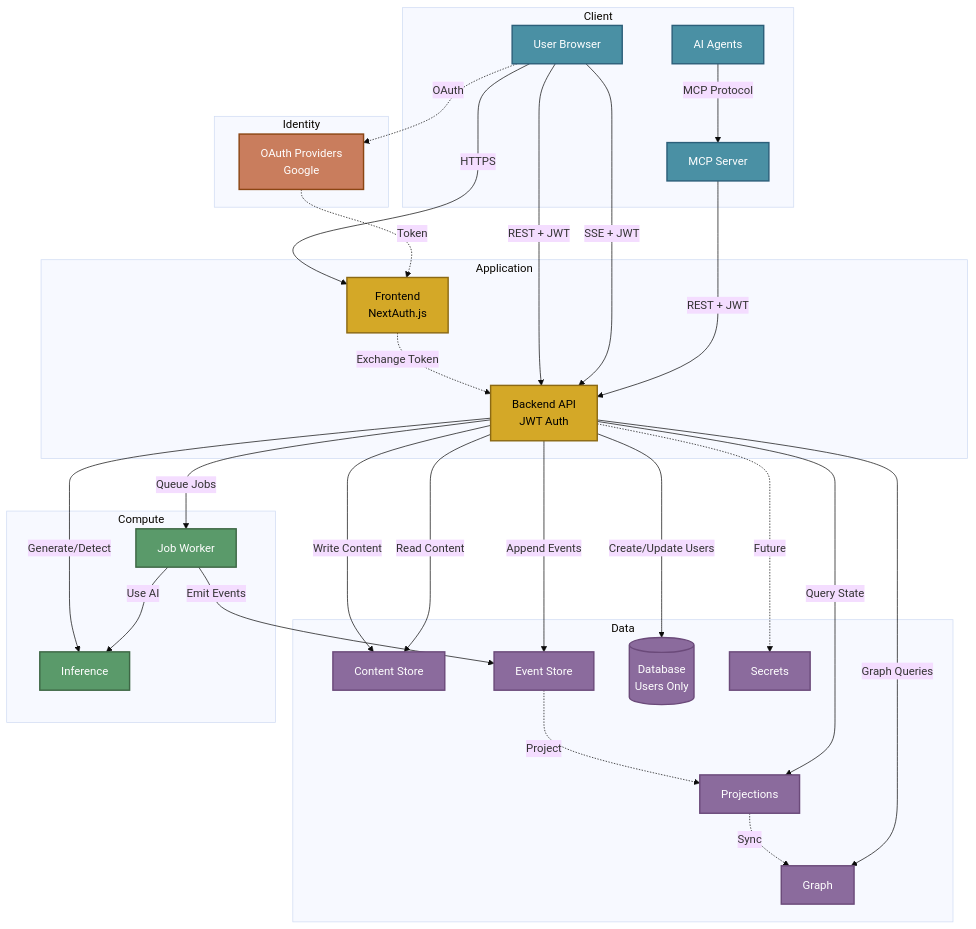
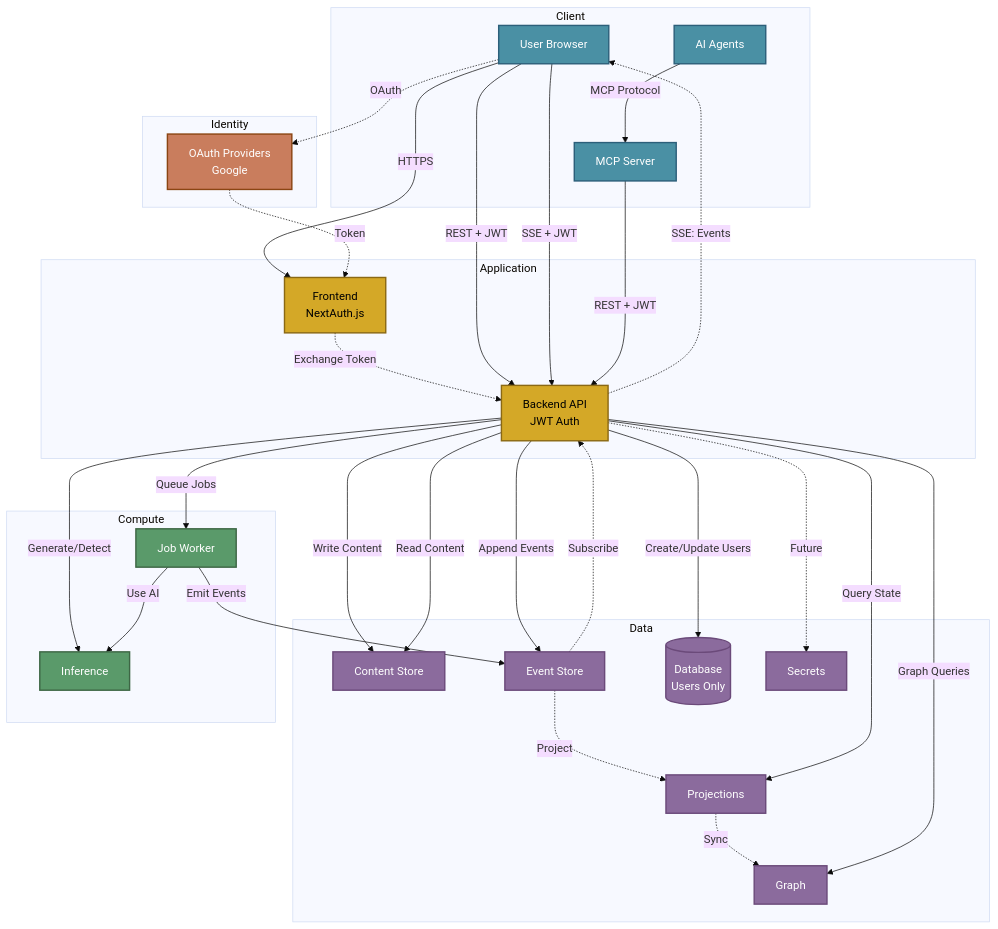
The diagram in docs/ARCHITECTURE.md (The-AI-Alliance/semiont), drawn with Mermaid (base theme) before and after one commit. The commit also changed other lines of this file, not shown here.

Commit message:
more on SSE

```diff
--- a/docs/ARCHITECTURE.md
+++ b/docs/ARCHITECTURE.md
@@ -86,6 +86,10 @@
     JW -->|Emit Events| EVENTS
     JW -->|Use AI| INF
 
+    %% SSE event flow (real-time updates back to browser)
+    EVENTS -.->|Subscribe| BE
+    BE -.->|SSE: Events| USER
+
     %% Styling - darker fills ensure text contrast in both light and dark modes
     classDef client fill:#4a90a4,stroke:#2c5f7a,stroke-width:2px,color:#fff
     classDef identity fill:#c97d5d,stroke:#8b4513,stroke-width:2px,color:#fff
```
